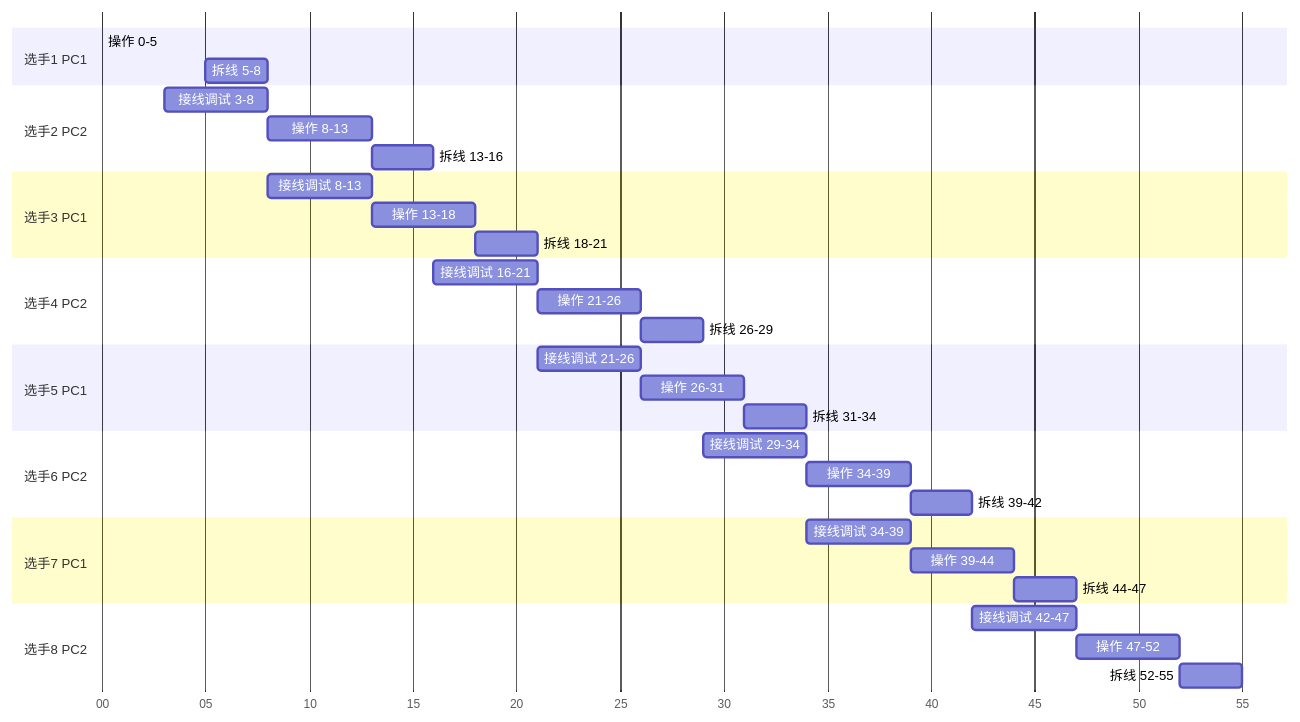
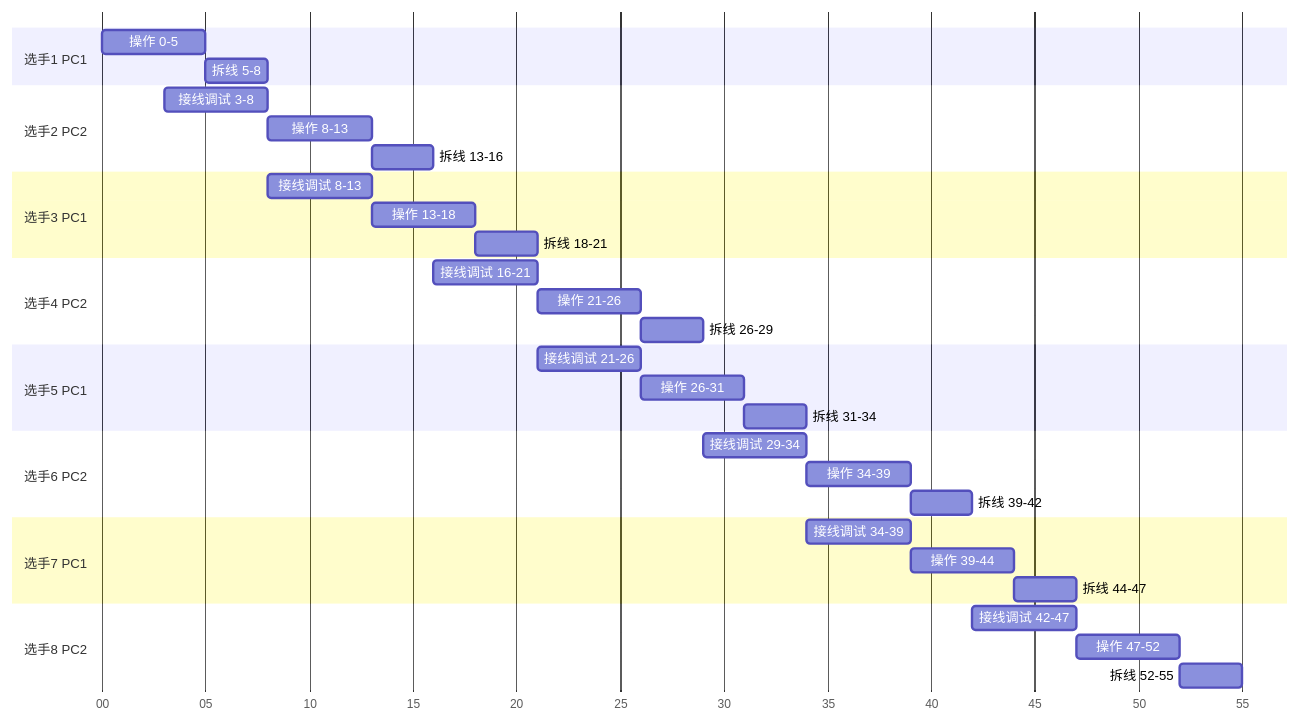
The diagram in all/未命名.md (hezengyu/iodraw-files), drawn with Mermaid before and after one commit.

Commit message:
2026-10-31 13:56:46 update

````diff
--- a/all/未命名.md
+++ b/all/未命名.md
@@ -1,47 +1,47 @@
 ```mermaid
 gantt
     dateFormat HH:mm
     axisFormat %M
     tickInterval 5m
     todayMarker off
 
     section 选手1 PC1
-    操作 0-5          :s1a, 00:00, 5m，
+    操作 0-5          :s1a, 00:00, 5m
     拆线 5-8          :s1b, 00:05, 3m
 
     section 选手2 PC2
     接线调试 3-8      :s2a, 00:03, 5m
     操作 8-13         :s2b, 00:08, 5m
     拆线 13-16        :s2c, 00:13, 3m
 
     section 选手3 PC1
     接线调试 8-13     :s3a, 00:08, 5m
     操作 13-18        :s3b, 00:13, 5m
     拆线 18-21        :s3c, 00:18, 3m
 
     section 选手4 PC2
     接线调试 16-21    :s4a, 00:16, 5m
     操作 21-26        :s4b, 00:21, 5m
     拆线 26-29        :s4c, 00:26, 3m
 
     section 选手5 PC1
     接线调试 21-26    :s5a, 00:21, 5m
     操作 26-31        :s5b, 00:26, 5m
     拆线 31-34        :s5c, 00:31, 3m
 
     section 选手6 PC2
     接线调试 29-34    :s6a, 00:29, 5m
     操作 34-39        :s6b, 00:34, 5m
     拆线 39-42        :s6c, 00:39, 3m
 
     section 选手7 PC1
     接线调试 34-39    :s7a, 00:34, 5m
     操作 39-44        :s7b, 00:39, 5m
     拆线 44-47        :s7c, 00:44, 3m
 
     section 选手8 PC2
     接线调试 42-47    :s8a, 00:42, 5m
     操作 47-52        :s8b, 00:47, 5m
     拆线 52-55        :s8c, 00:52, 3m
 
 ```
````
